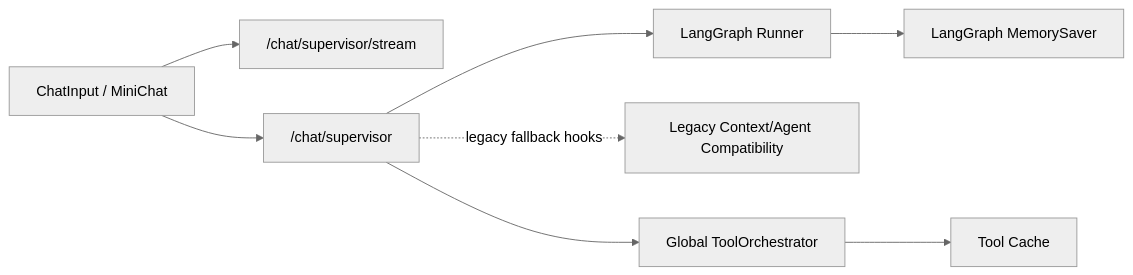
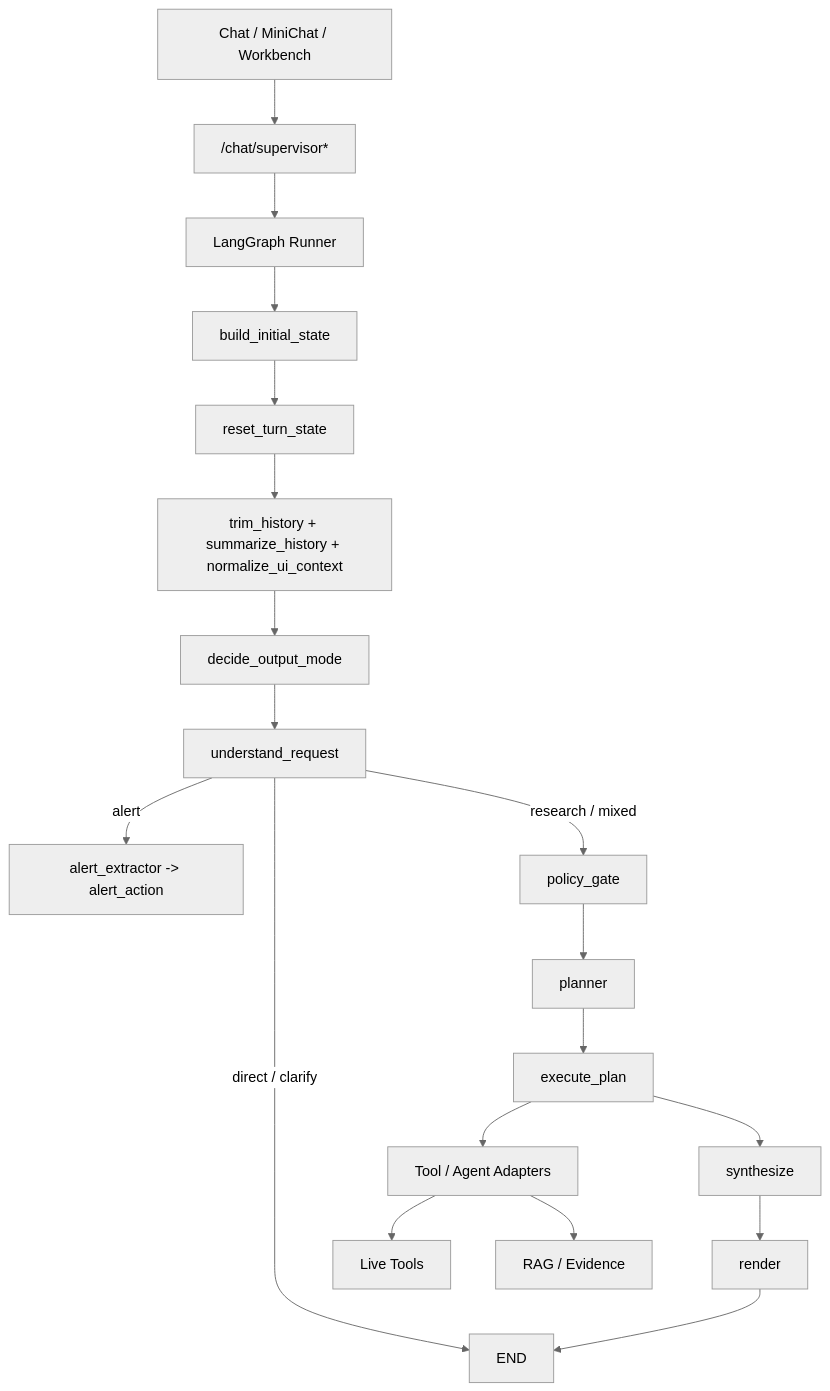
The first of 4 diagrams in docs/06a_LANGGRAPH_DESIGN_SPEC.md (kkkano/FinSight), drawn with Mermaid (neutral theme) before and after one commit. The commit also changed other lines of this file and 8 other files, not shown here.

Commit message:
docs: clean active architecture references

````diff
--- a/docs/06a_LANGGRAPH_DESIGN_SPEC.md
+++ b/docs/06a_LANGGRAPH_DESIGN_SPEC.md
@@ -42,10 +41,21 @@
 ```mermaid
-flowchart LR
-  UI[ChatInput / MiniChat] --> SSE["/chat/supervisor/stream"]
-  UI --> API["/chat/supervisor"]
-  API --> LG[LangGraph Runner]
-  API -.legacy fallback hooks.-> LC[Legacy Context/Agent Compatibility]
-  API --> ORCH[Global ToolOrchestrator]
-  LG --> MEM[LangGraph MemorySaver]
-  ORCH --> CACHE[Tool Cache]
+flowchart TD
+  UI[Chat / MiniChat / Workbench] --> CHAT["/chat/supervisor*"]
+  CHAT --> RUNNER[LangGraph Runner]
+  RUNNER --> INIT[build_initial_state]
+  INIT --> RESET[reset_turn_state]
+  RESET --> HISTORY[trim_history + summarize_history + normalize_ui_context]
+  HISTORY --> MODE[decide_output_mode]
+  MODE --> UNDERSTAND[understand_request]
+  UNDERSTAND -->|direct / clarify| ENDNODE[END]
+  UNDERSTAND -->|alert| ALERT[alert_extractor -> alert_action]
+  UNDERSTAND -->|research / mixed| POLICY[policy_gate]
+  POLICY --> PLAN[planner]
+  PLAN --> EXEC[execute_plan]
+  EXEC --> SYNTH[synthesize]
+  SYNTH --> RENDER[render]
+  RENDER --> ENDNODE
+  EXEC --> TOOLS[Tool / Agent Adapters]
+  TOOLS --> LIVE[Live Tools]
+  TOOLS --> RAG[RAG / Evidence]
 ```
````
